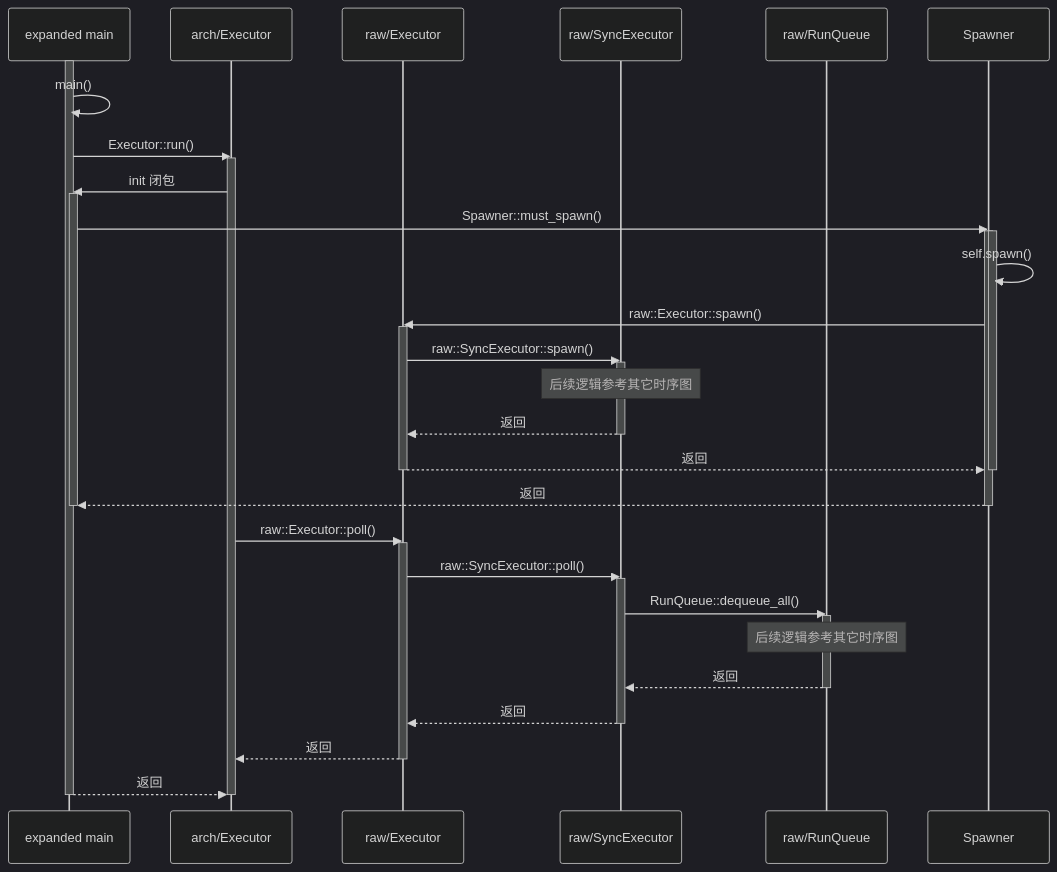
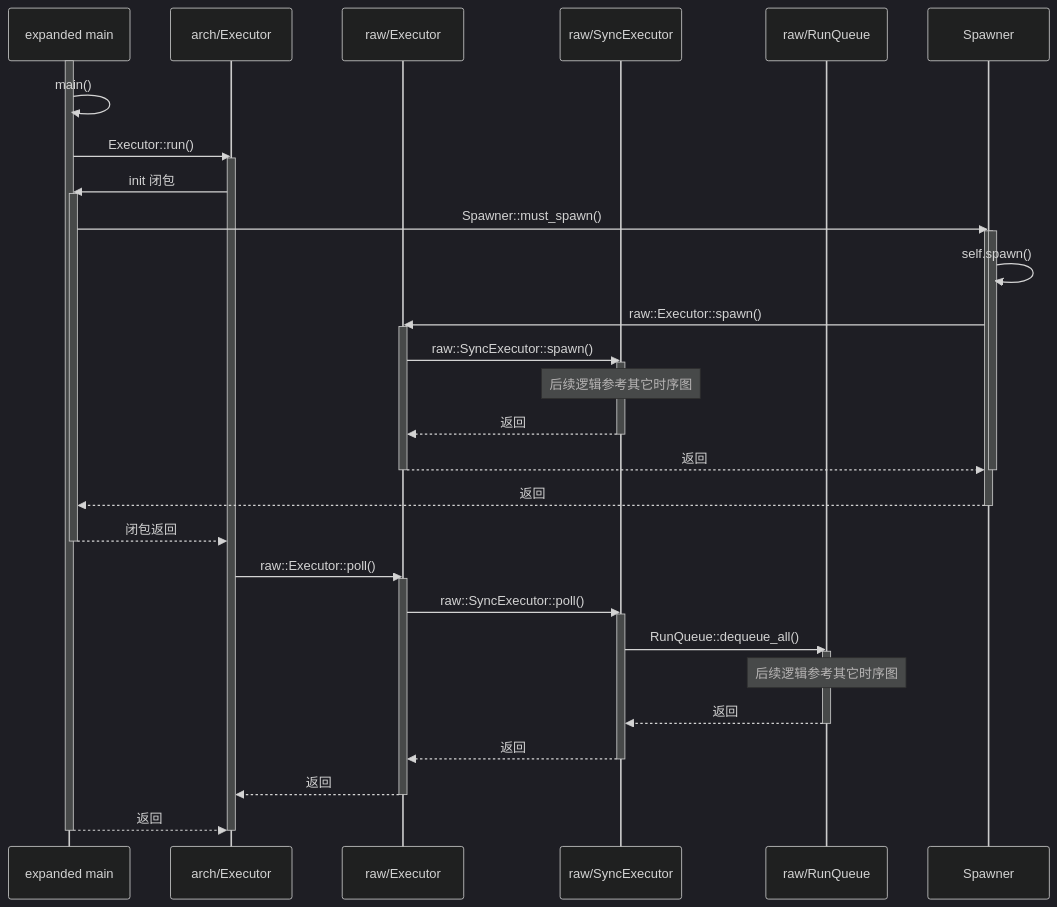
Before and after one commit to hy-huang20/GraduationProject: the second of 2 diagrams in 过程记录/rust/rust异步/Embassy/executor/arch/std.md, drawn with Mermaid (dark theme).

Commit message:
修改 arch/std.md 中时序图一处错误

````diff
--- a/过程记录/rust/rust异步/Embassy/executor/arch/std.md
+++ b/过程记录/rust/rust异步/Embassy/executor/arch/std.md
@@ -91,49 +91,50 @@
 ```mermaid
 sequenceDiagram
     participant expanded main
     participant arch/Executor
     participant raw/Executor
     participant raw/SyncExecutor
     participant raw/RunQueue
     participant Spawner
 
     activate expanded main
         expanded main->>expanded main: main()
         expanded main->>arch/Executor: Executor::run()
         activate arch/Executor
             arch/Executor->>expanded main: init 闭包
             activate expanded main
                 expanded main->>Spawner: Spawner::must_spawn()
                 activate Spawner
                     activate Spawner
                         Spawner->>Spawner: self.spawn()
                         Spawner->>raw/Executor: raw::Executor::spawn()
                         activate raw/Executor
                             raw/Executor->>raw/SyncExecutor: raw::SyncExecutor::spawn()
                             activate raw/SyncExecutor
                                 note over raw/SyncExecutor: 后续逻辑参考其它时序图
                                 raw/SyncExecutor-->>raw/Executor: 返回
                             deactivate raw/SyncExecutor
                             raw/Executor-->>Spawner: 返回
                         deactivate raw/Executor
                     deactivate Spawner
                     Spawner-->>expanded main: 返回
                 deactivate Spawner
+                expanded main-->>arch/Executor: 闭包返回
             deactivate expanded main
             arch/Executor->>raw/Executor: raw::Executor::poll()
             activate raw/Executor
                 raw/Executor->>raw/SyncExecutor: raw::SyncExecutor::poll()
                 activate raw/SyncExecutor
                     raw/SyncExecutor->>raw/RunQueue: RunQueue::dequeue_all()
                     activate raw/RunQueue
                         note over raw/RunQueue: 后续逻辑参考其它时序图
                         raw/RunQueue-->>raw/SyncExecutor: 返回
                     deactivate raw/RunQueue
                     raw/SyncExecutor-->>raw/Executor: 返回
                 deactivate raw/SyncExecutor
                 raw/Executor-->>arch/Executor: 返回
             deactivate raw/Executor
             expanded main-->>arch/Executor: 返回
         deactivate arch/Executor
     deactivate expanded main
 ```
````
